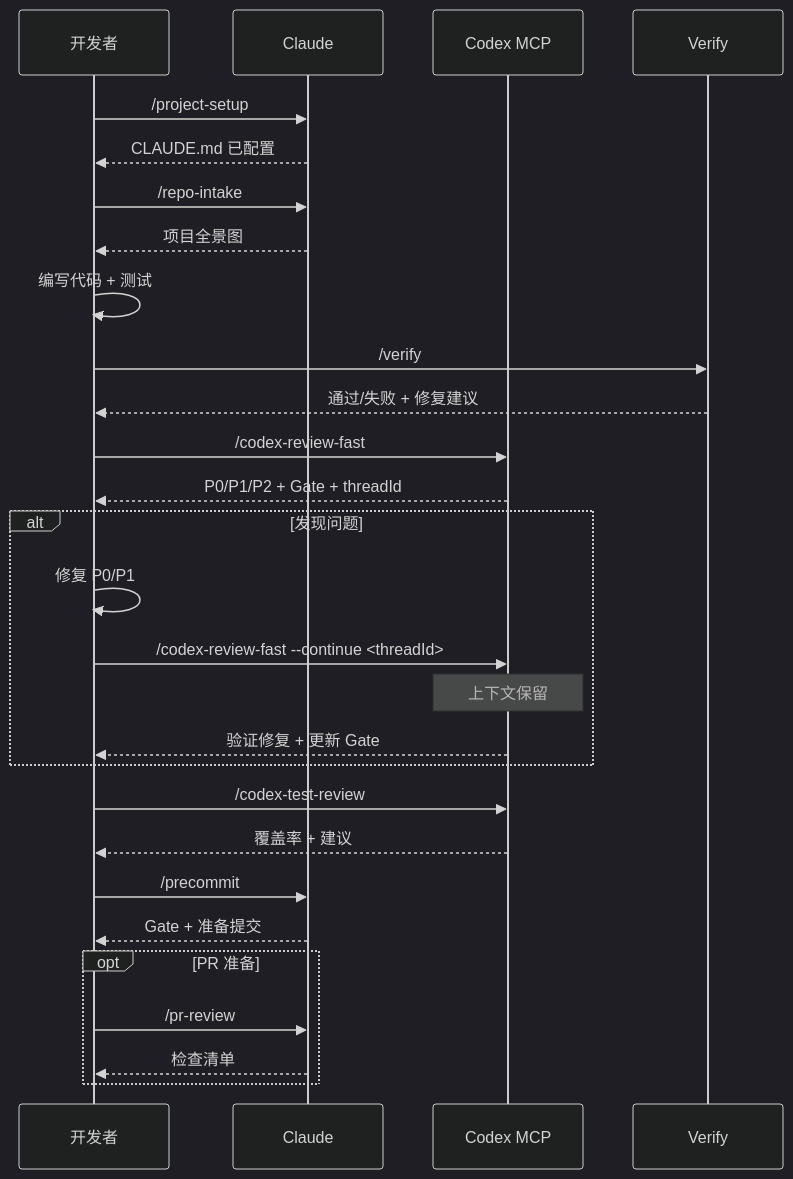
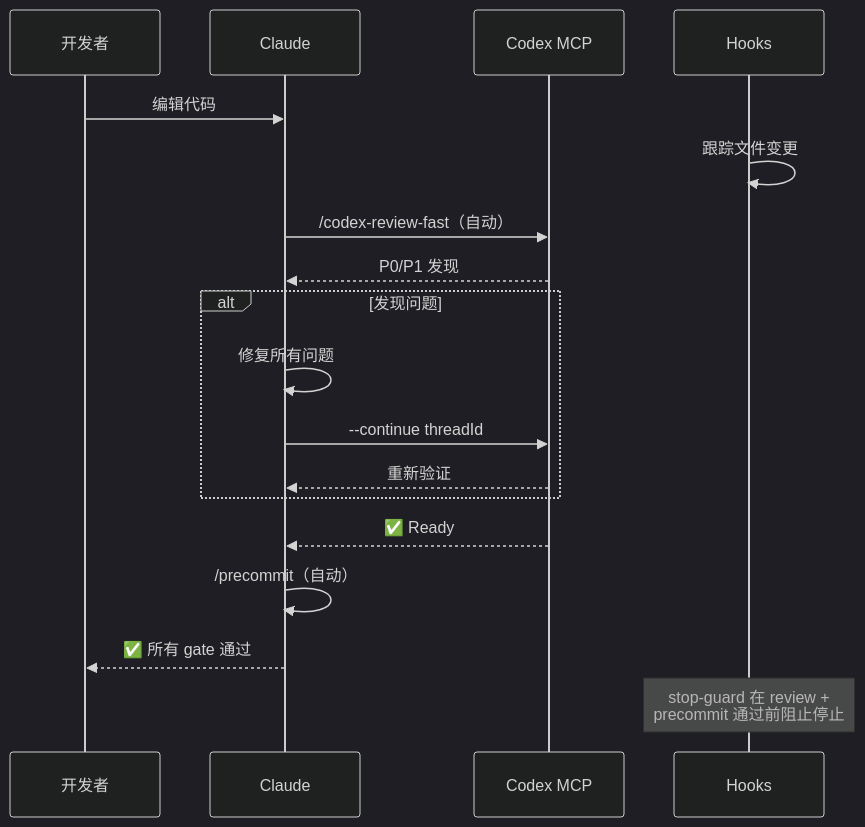
The first of 5 diagrams in README.zh-CN.md (jupiter-Pulin/Uranus-dev-flow), drawn with Mermaid (dark theme) before and after one commit. The commit also changed other lines of this file and 6 other files, not shown here.

````diff
--- a/README.zh-CN.md
+++ b/README.zh-CN.md
@@ -67,39 +71,24 @@
 ```mermaid
 sequenceDiagram
     participant D as 开发者
     participant C as Claude
     participant X as Codex MCP
-    participant V as Verify
+    participant H as Hooks
 
-    D->>C: /project-setup
-    C-->>D: CLAUDE.md 已配置
-
-    D->>C: /repo-intake
-    C-->>D: 项目全景图
-
-    D->>D: 编写代码 + 测试
-
-    D->>V: /verify
-    V-->>D: 通过/失败 + 修复建议
-
-    D->>X: /codex-review-fast
-    X-->>D: P0/P1/P2 + Gate + threadId
+    D->>C: 编辑代码
+    H->>H: 跟踪文件变更
+    C->>X: /codex-review-fast（自动）
+    X-->>C: P0/P1 发现
 
     alt 发现问题
-        D->>D: 修复 P0/P1
-        D->>X: /codex-review-fast --continue <threadId>
-        Note over X: 上下文保留
-        X-->>D: 验证修复 + 更新 Gate
+        C->>C: 修复所有问题
+        C->>X: --continue threadId
+        X-->>C: 重新验证
     end
 
-    D->>X: /codex-test-review
-    X-->>D: 覆盖率 + 建议
+    X-->>C: ✅ Ready
+    C->>C: /precommit（自动）
+    C-->>D: ✅ 所有 gate 通过
 
-    D->>C: /precommit
-    C-->>D: Gate + 准备提交
-
-    opt PR 准备
-        D->>C: /pr-review
-        C-->>D: 检查清单
-    end
+    Note over H: stop-guard 在 review +<br/>precommit 通过前阻止停止
 ```
````
